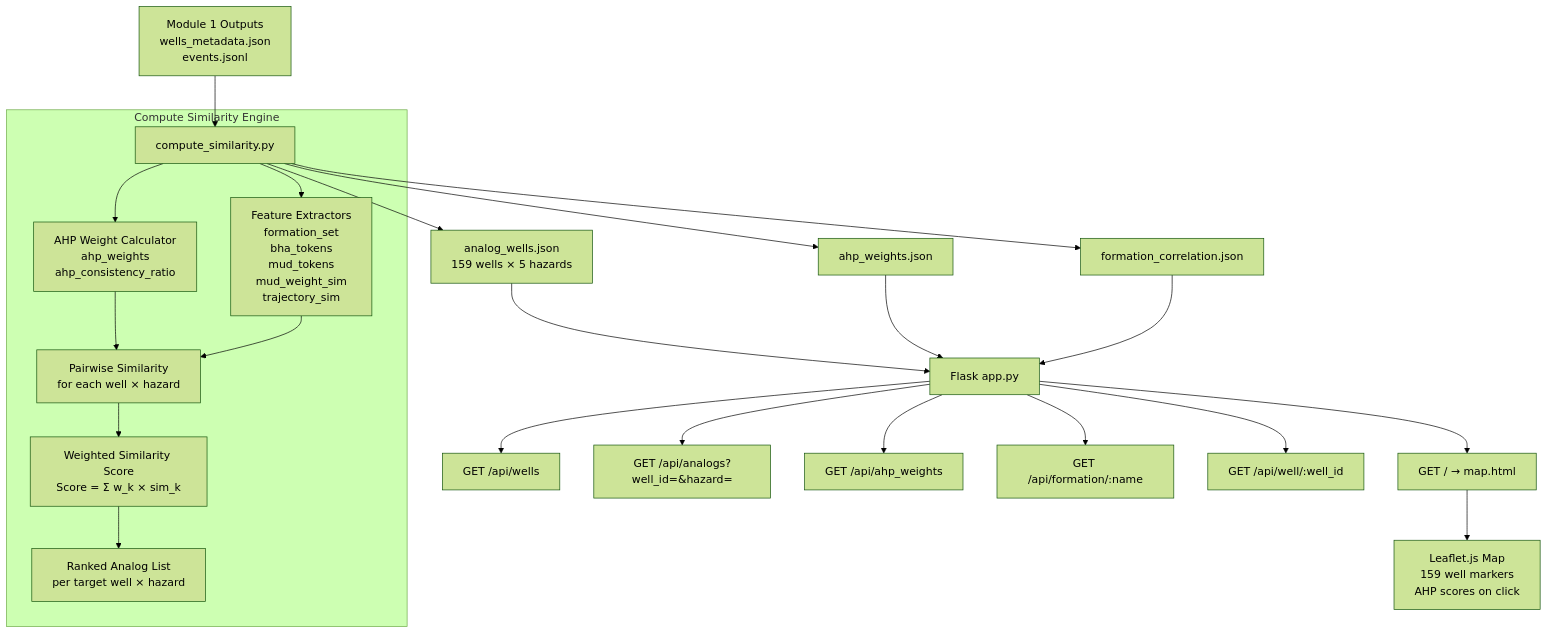
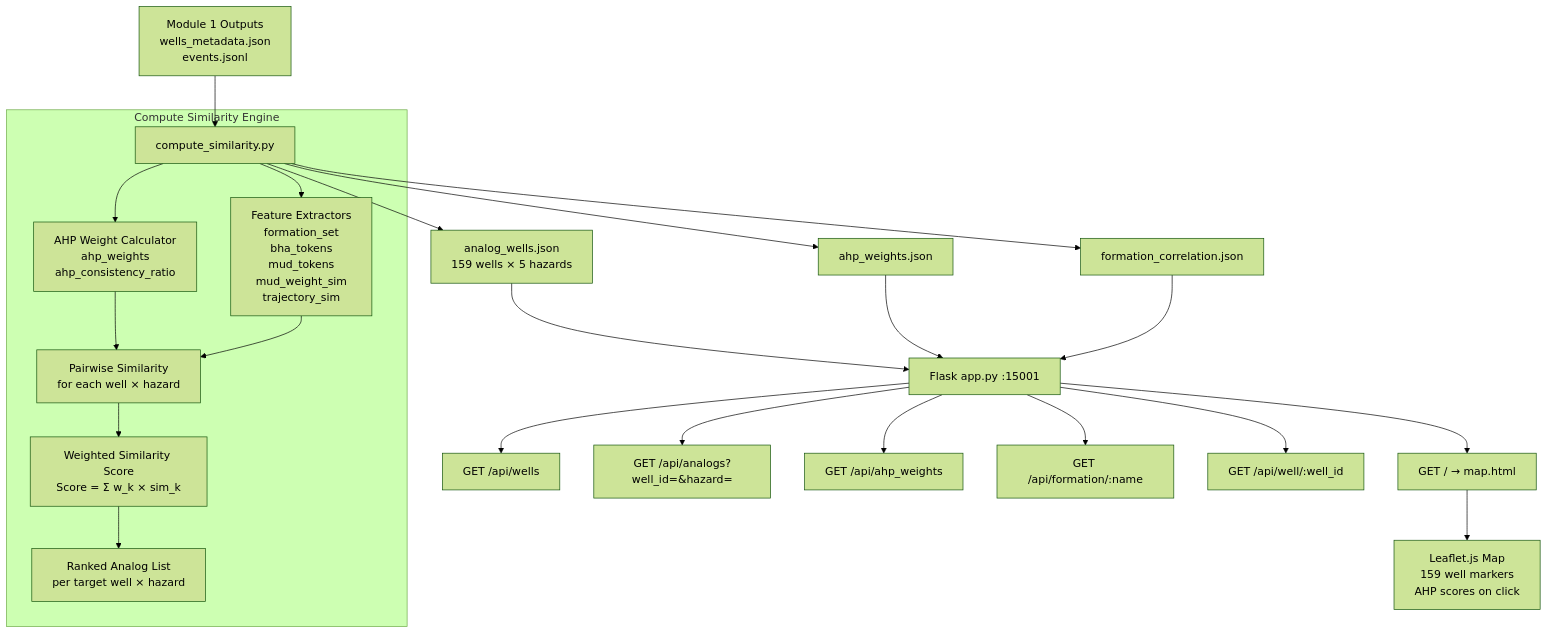
The sixth of 16 diagrams in ARCHITECTURE.md (n3ssdub3y/SIH_2026_PLANNS), drawn with Mermaid (forest theme) before and after one commit. The commit also changed other lines of this file and 3 other files, not shown here.

Commit message:
update architecture, a unified project research doc and an antigravity arch update rule

````diff
--- a/ARCHITECTURE.md
+++ b/ARCHITECTURE.md
@@ -253,28 +339,28 @@
 ```mermaid
 graph TD
     M1_DATA["Module 1 Outputs\nwells_metadata.json\nevents.jsonl"] --> CS["compute_similarity.py"]
 
     subgraph "Compute Similarity Engine"
         CS --> AHP["AHP Weight Calculator\nahp_weights\nahp_consistency_ratio"]
         CS --> FS["Feature Extractors\nformation_set\nbha_tokens\nmud_tokens\nmud_weight_sim\ntrajectory_sim"]
         AHP --> PAIR["Pairwise Similarity\nfor each well × hazard"]
         FS --> PAIR
         PAIR --> SCORE["Weighted Similarity Score\nScore = Σ w_k × sim_k"]
         SCORE --> RANK["Ranked Analog List\nper target well × hazard"]
     end
 
     CS --> AW["analog_wells.json\n159 wells × 5 hazards"]
     CS --> AHW["ahp_weights.json"]
     CS --> FC["formation_correlation.json"]
 
-    AW & AHW & FC --> APP["Flask app.py"]
+    AW & AHW & FC --> APP["Flask app.py :15001"]
 
     APP --> R1["GET / → map.html"]
     APP --> R2["GET /api/wells"]
     APP --> R3["GET /api/analogs?well_id=&hazard="]
     APP --> R4["GET /api/ahp_weights"]
     APP --> R5["GET /api/formation/:name"]
     APP --> R6["GET /api/well/:well_id"]
 
     R1 --> UI["Leaflet.js Map\n159 well markers\nAHP scores on click"]
 ```
````
